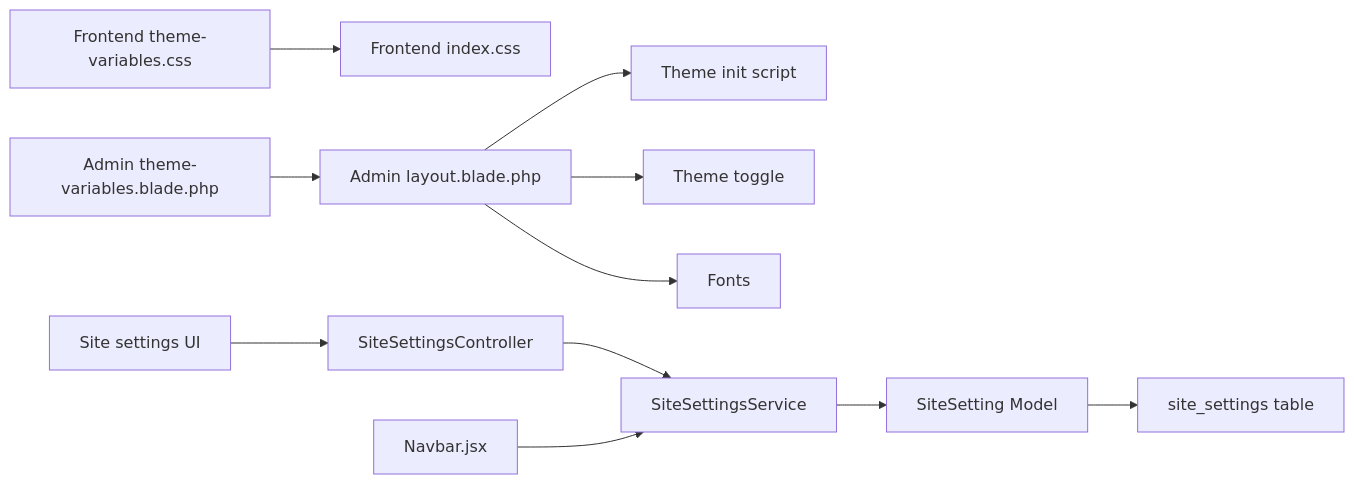
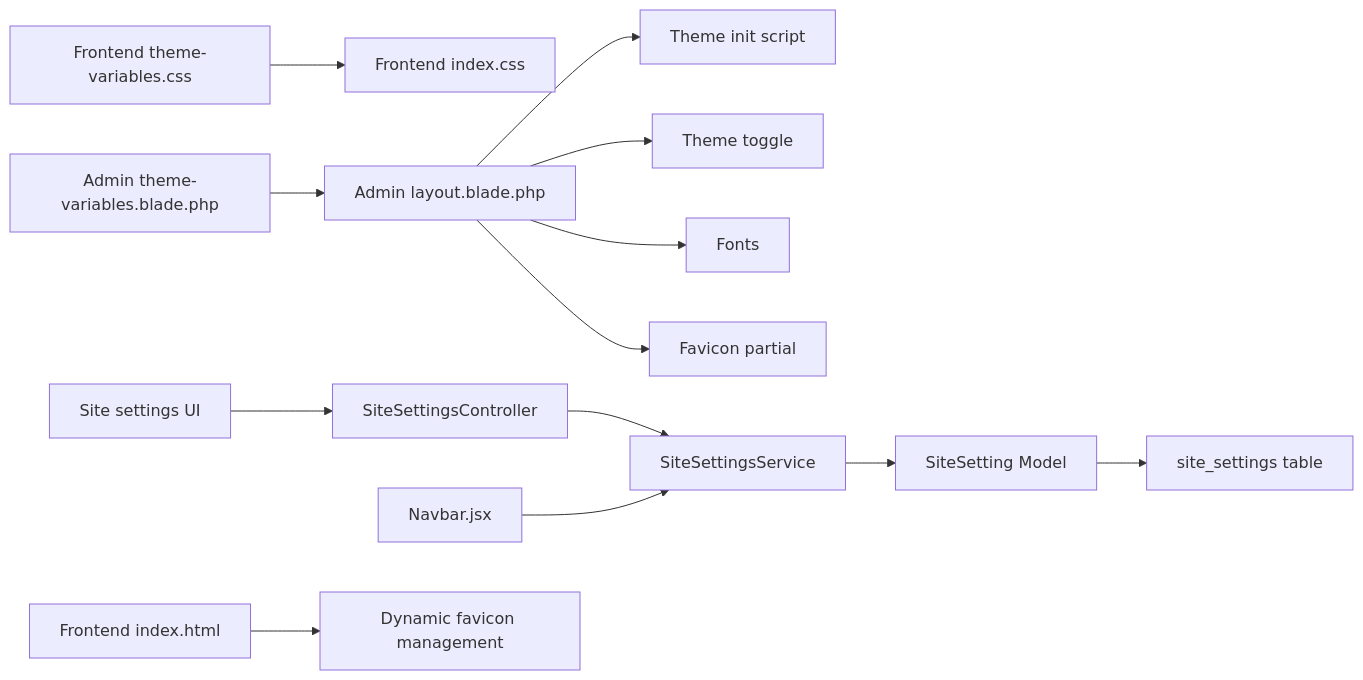
One commit to mahbub095/bus-app changed the fifth of 5 diagrams in .qoder/repowiki/en/content/Developer Reference/Extension & Customization Guide/Theme Customization & UI Extensibility.md. Above: the diagram before and after it, drawn with Mermaid. The commit also changed other lines of this file and 115 other files, not shown here.

````diff
--- a/.qoder/repowiki/en/content/Developer Reference/Extension & Customization Guide/Theme Customization & UI Extensibility.md
+++ b/.qoder/repowiki/en/content/Developer Reference/Extension & Customization Guide/Theme Customization & UI Extensibility.md
@@ -309,13 +380,15 @@
 ```mermaid
 graph LR
 TVF["Frontend theme-variables.css"] --> ICSS["Frontend index.css"]
 TVB["Admin theme-variables.blade.php"] --> LBL["Admin layout.blade.php"]
 LBL --> TI["Theme init script"]
 LBL --> TT["Theme toggle"]
 LBL --> FT["Fonts"]
+LBL --> FB["Favicon partial"]
 SSUI["Site settings UI"] --> SCC["SiteSettingsController"]
 SCC --> SSV["SiteSettingsService"]
 SSV --> SSM["SiteSetting Model"]
 SSM --> DB["site_settings table"]
 FN["Navbar.jsx"] --> SSV
+FH["Frontend index.html"] --> FH2["Dynamic favicon management"]
 ```
````
